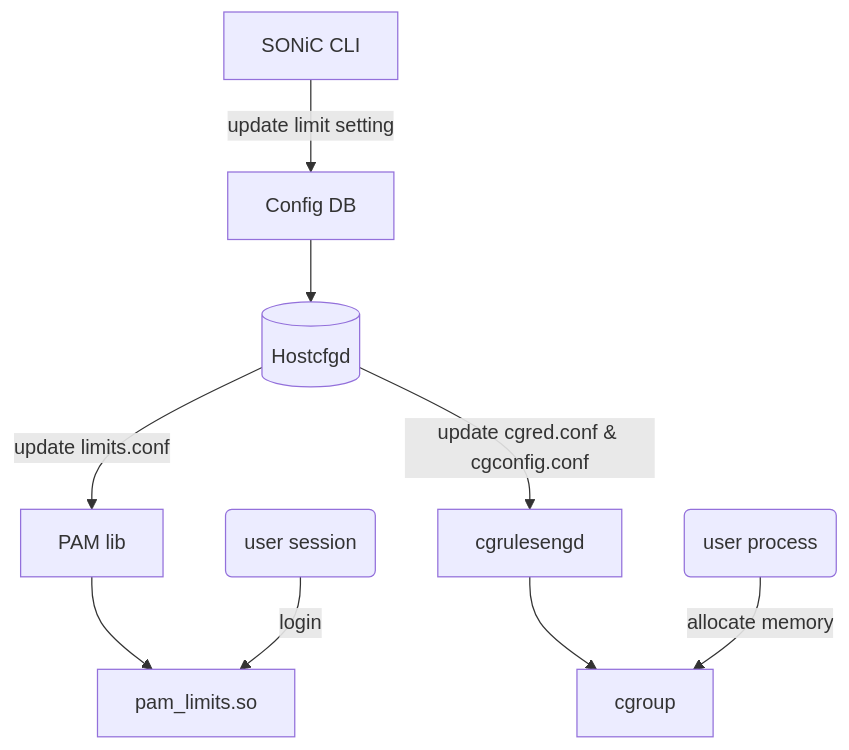
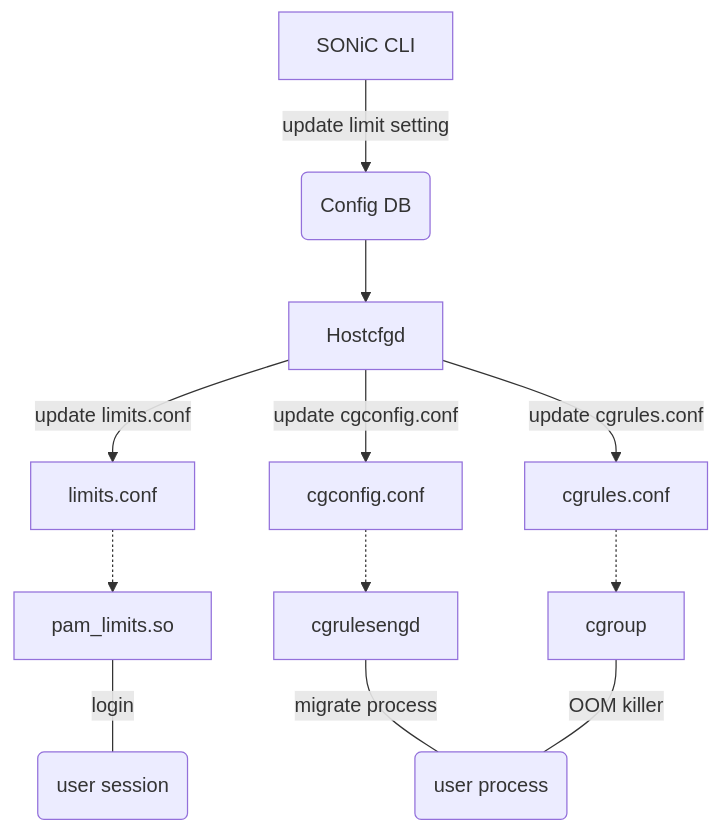
Before and after one commit to liuh-80/SONiC: the diagram in doc/limit/Limit Ligin and Memory design.md, drawn with Mermaid. The commit also changed other lines of this file, not shown here.

Commit message:
Improve document

````diff
--- a/doc/limit/Limit Ligin and Memory design.md
+++ b/doc/limit/Limit Ligin and Memory design.md
@@ -53,11 +53,25 @@
 ```mermaid
 graph TD;
-CLI[SONiC CLI] -- update limit setting --> CONFDB[Config DB];
-CONFDB --> HOSTCFGD[(Hostcfgd)];
-HOSTCFGD -- update limits.conf --> PAMCFG[PAM lib];
-PAMCFG --> LIMITLIB[pam_limits.so];
-HOSTCFGD -- update cgred.conf & cgconfig.conf --> CGENGD[cgrulesengd];
-CGENGD --> CGROUP[cgroup];
-USERSESSION(user session) -- login --> LIMITLIB;
-USERAPP(user process) -- allocate memory --> CGROUP;
+%% SONiC CLI update config DB
+CLI[SONiC CLI] -- update limit setting --> CONFDB(Config DB);
+
+%% HostCfgd subscribe config DB change
+CONFDB --> HOSTCFGD[Hostcfgd];
+
+%% HostCfgd Update config files
+HOSTCFGD -- update limits.conf --> PAMCFG[limits.conf];
+HOSTCFGD -- update cgconfig.conf --> CGRCFG[cgconfig.conf];
+HOSTCFGD -- update cgrules.conf --> CGCFG[cgrules.conf];
+
+%% pam_limits.so will handle login limit
+PAMCFG -.-> LIMITLIB[pam_limits.so];
+LIMITLIB -- login --- USERSESSION(user session);
+
+%% cgrulesengd daemon will migrate procress to cgroups by uid and gid
+CGRCFG -.-> CGRCFGD[cgrulesengd];
+CGRCFGD -- migrate process --- APP;
+
+%% cgroup check memory limit and trigger OOM killer
+CGCFG -.-> CGROUP[cgroup];
+CGROUP -- OOM killer --- APP(user process);
 ```
````
